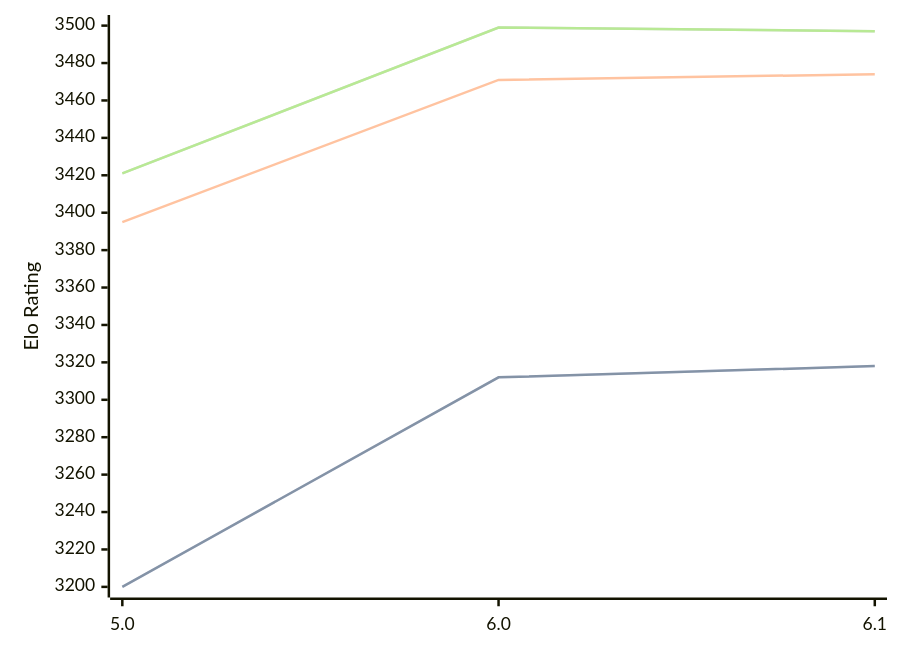
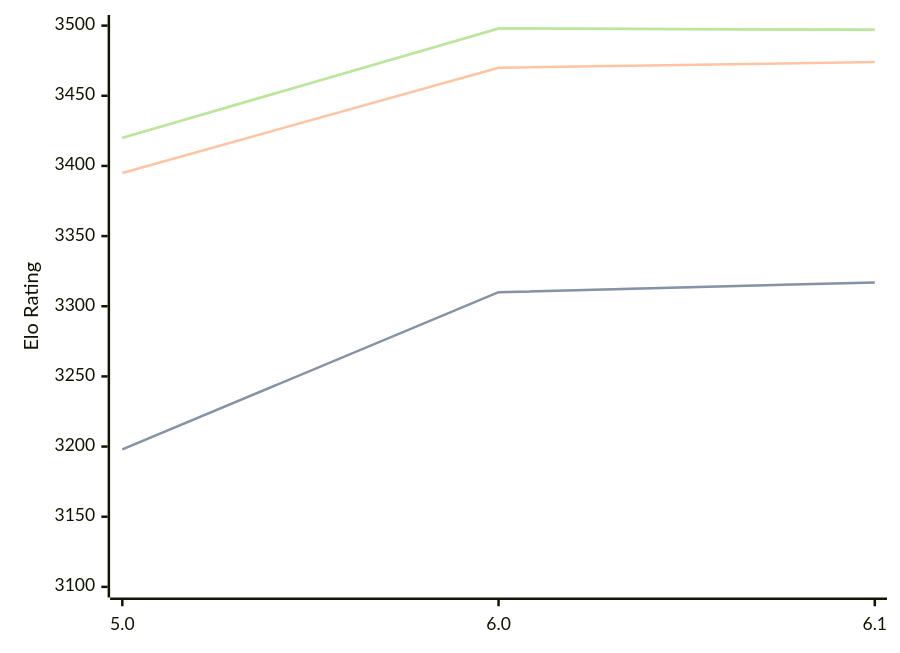
Before and after one commit to computer-chess-index/cci: the diagram in engines/Starzix.md, drawn with Mermaid. The commit also changed other lines of this file, not shown here.

Commit message:
Update CCI Ratings (ELO VLTC) - 2026-06-07

````diff
--- a/engines/Starzix.md
+++ b/engines/Starzix.md
@@ -37,11 +37,11 @@
 ```mermaid
 %%{init: {"theme":"base","themeVariables":{"seriesColors:['#a3a3a3','#222221','#faa371']}}}%%
 xychart-beta
   x-axis ["5.0", "6.0", "6.1"]
-  y-axis "Elo Rating" 3200 --> 3500
-  line "STC (8.0+0.08s)" [3200, 3312, 3318]
-  line "STC (8.0+0.08s)" [3200, 3312, 3318]
-  line "LTC (60.0+0.60s)" [3395, 3471, 3474]
-  line "VLTC (2m24s+1.12s)" [3421, 3499, 3497]
-  line "VLTC (2m24s+1.12s)" [3421, 3499, 3497]
+  y-axis "Elo Rating" 3100 --> 3500
+  line "STC (8.0+0.08s)" [3198, 3310, 3317]
+  line "STC (8.0+0.08s)" [3198, 3310, 3317]
+  line "LTC (60.0+0.60s)" [3395, 3470, 3474]
+  line "VLTC (2m24s+1.12s)" [3420, 3498, 3497]
+  line "VLTC (2m24s+1.12s)" [3420, 3498, 3497]
 ```
````
